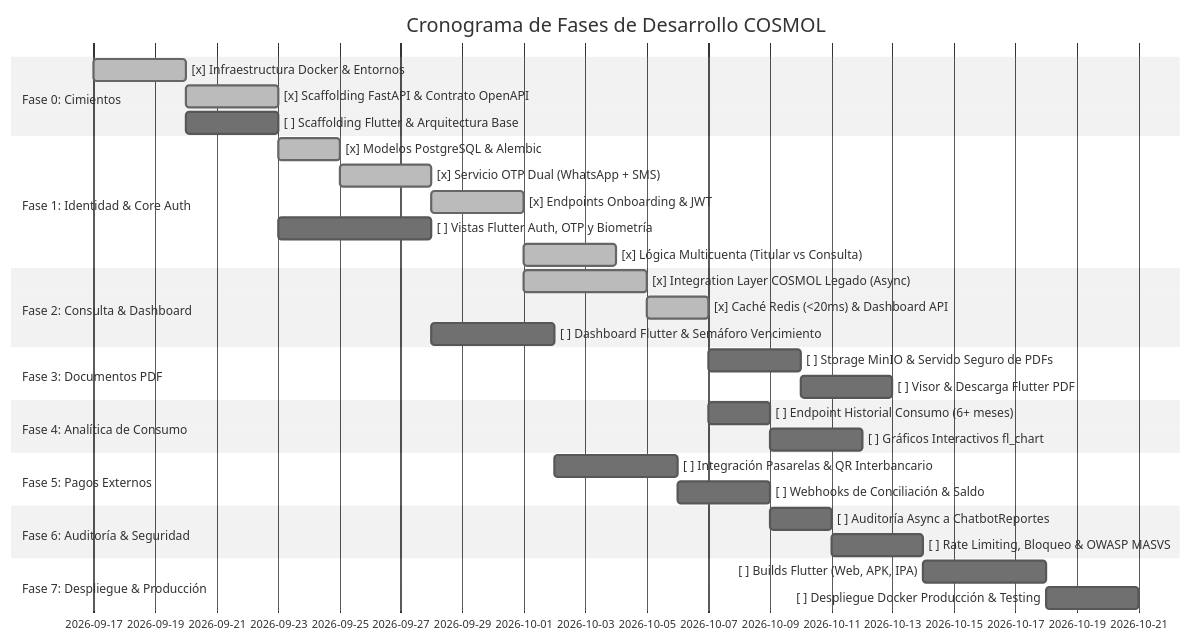
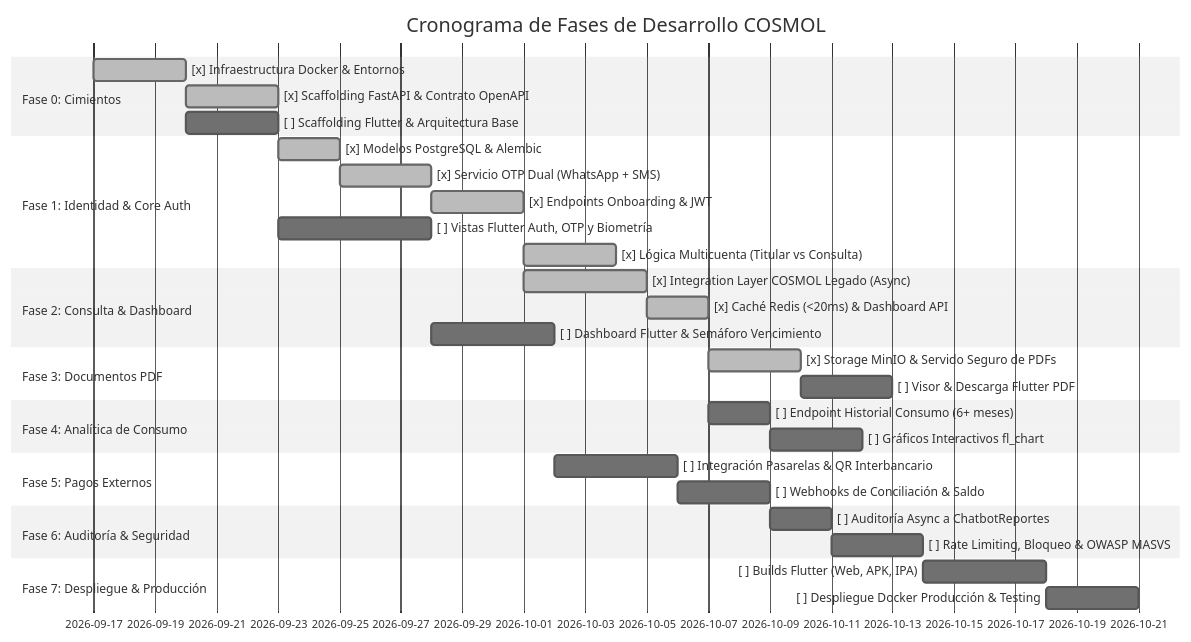
The second of 2 diagrams in Docs/HOJA_DE_RUTA_DESARROLLO.md (FabiannCS/COSMOL-app), drawn with Mermaid (neutral theme) before and after one commit. The commit also changed other lines of this file and 3 other files, not shown here.

````diff
--- a/Docs/HOJA_DE_RUTA_DESARROLLO.md
+++ b/Docs/HOJA_DE_RUTA_DESARROLLO.md
@@ -172,34 +172,34 @@
 ```mermaid
 gantt
     title Cronograma de Fases de Desarrollo COSMOL
     dateFormat  YYYY-MM-DD
     section Fase 0: Cimientos
     [x] Infraestructura Docker & Entornos       :done, f0_1, 2026-09-17, 3d
     [x] Scaffolding FastAPI & Contrato OpenAPI  :done, f0_2, after f0_1, 3d
     [ ] Scaffolding Flutter & Arquitectura Base :f0_3, after f0_1, 3d
     section Fase 1: Identidad & Core Auth
     [x] Modelos PostgreSQL & Alembic            :done, f1_1, after f0_2, 2d
     [x] Servicio OTP Dual (WhatsApp + SMS)      :done, f1_2, after f1_1, 3d
     [x] Endpoints Onboarding & JWT              :done, f1_3, after f1_2, 3d
     [ ] Vistas Flutter Auth, OTP y Biometría    :f1_4, after f0_3, 5d
     [x] Lógica Multicuenta (Titular vs Consulta):done, f1_5, after f1_3, 3d
     section Fase 2: Consulta & Dashboard
     [x] Integration Layer COSMOL Legado (Async) :done, f2_1, after f1_3, 4d
     [x] Caché Redis (<20ms) & Dashboard API     :done, f2_2, after f2_1, 2d
     [ ] Dashboard Flutter & Semáforo Vencimiento:f2_3, after f1_4, 4d
     section Fase 3: Documentos PDF
-    [ ] Storage MinIO & Servido Seguro de PDFs  :f3_1, after f2_2, 3d
+    [x] Storage MinIO & Servido Seguro de PDFs  :done, f3_1, after f2_2, 3d
     [ ] Visor & Descarga Flutter PDF            :f3_2, after f3_1, 3d
     section Fase 4: Analítica de Consumo
     [ ] Endpoint Historial Consumo (6+ meses)   :f4_1, after f2_2, 2d
     [ ] Gráficos Interactivos fl_chart          :f4_2, after f4_1, 3d
     section Fase 5: Pagos Externos
     [ ] Integración Pasarelas & QR Interbancario:f5_1, after f2_3, 4d
     [ ] Webhooks de Conciliación & Saldo        :f5_2, after f5_1, 3d
     section Fase 6: Auditoría & Seguridad
     [ ] Auditoría Async a ChatbotReportes       :f6_1, after f5_2, 2d
     [ ] Rate Limiting, Bloqueo & OWASP MASVS    :f6_2, after f6_1, 3d
     section Fase 7: Despliegue & Producción
     [ ] Builds Flutter (Web, APK, IPA)          :f7_1, after f6_2, 4d
     [ ] Despliegue Docker Producción & Testing  :f7_2, after f7_1, 3d
 ```
````
